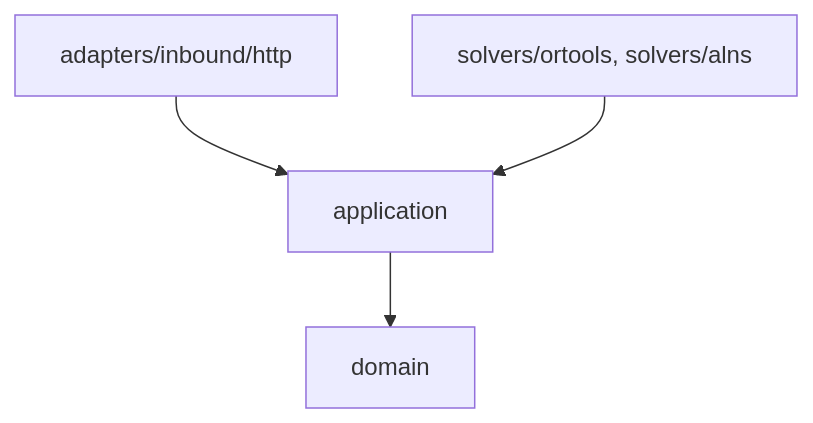
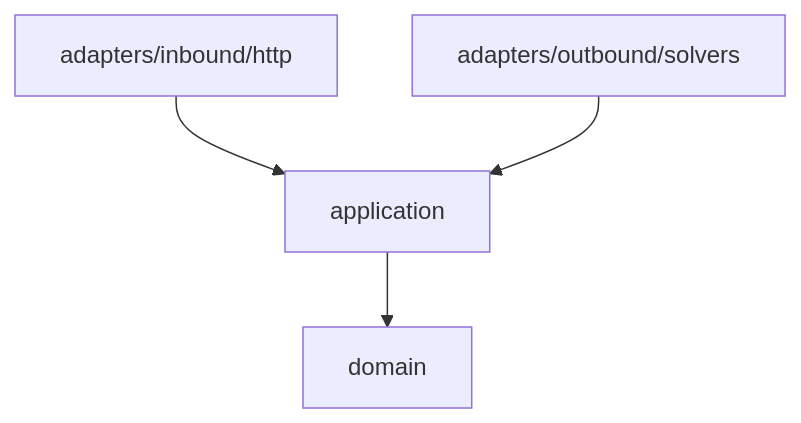
One commit to NaimElijah/DispatchFlow changed the second of 2 diagrams in docs/architecture/code-structure.md. Above: the diagram before and after it, drawn with Mermaid. The commit also changed other lines of this file and 8 other files, not shown here.

````diff
--- a/docs/architecture/code-structure.md
+++ b/docs/architecture/code-structure.md
@@ -283,6 +310,6 @@
 ```mermaid
 flowchart TD
     http["adapters/inbound/http"] --> application["application"]
-    solvers["solvers/ortools, solvers/alns"] --> application
+    solvers["adapters/outbound/solvers"] --> application
     application --> domain["domain"]
 ```
````
